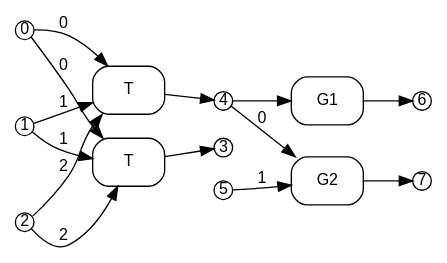
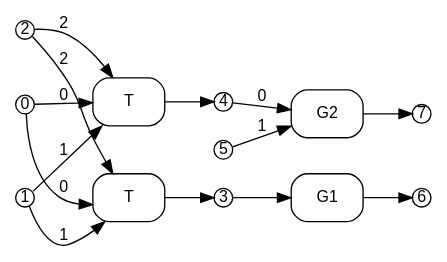
The diagram in crates/bhyp/images/test_copy_subst_commute/path1_substitution_result_span_right.dot (ammatsui/bhypvis), drawn with Graphviz before and after one commit. The commit also changed 738 other files, not shown here.

```diff
--- a/crates/bhyp/images/test_copy_subst_commute/path1_substitution_result_span_right.dot
+++ b/crates/bhyp/images/test_copy_subst_commute/path1_substitution_result_span_right.dot
@@ -1,40 +1,40 @@
 digraph path1_substitution_result_span_right {
   fontname="Helvetica"
   fontsize=12
   rankdir=LR;
   node [fontname="Helvetica", fontsize=12];
   edge [fontname="Helvetica", fontsize=12];
 
   // Nodes
+  n5 [label="5", shape=circle, style=filled, fillcolor=white, color="black", width=0.2, height=0.2, fixedsize=true];
+  n2 [label="2", shape=circle, style=filled, fillcolor=white, color="black", width=0.2, height=0.2, fixedsize=true];
+  n1 [label="1", shape=circle, style=filled, fillcolor=white, color="black", width=0.2, height=0.2, fixedsize=true];
+  n0 [label="0", shape=circle, style=filled, fillcolor=white, color="black", width=0.2, height=0.2, fixedsize=true];
+  n3 [label="3", shape=circle, style=filled, fillcolor=white, color="black", width=0.2, height=0.2, fixedsize=true];
+  n4 [label="4", shape=circle, style=filled, fillcolor=white, color="black", width=0.2, height=0.2, fixedsize=true];
+  n7 [label="7", shape=circle, style=filled, fillcolor=white, color="black", width=0.2, height=0.2, fixedsize=true];
   n6 [label="6", shape=circle, style=filled, fillcolor=white, color="black", width=0.2, height=0.2, fixedsize=true];
-  n0 [label="0", shape=circle, style=filled, fillcolor=white, color="black", width=0.2, height=0.2, fixedsize=true];
-  n7 [label="7", shape=circle, style=filled, fillcolor=white, color="black", width=0.2, height=0.2, fixedsize=true];
-  n1 [label="1", shape=circle, style=filled, fillcolor=white, color="black", width=0.2, height=0.2, fixedsize=true];
-  n4 [label="4", shape=circle, style=filled, fillcolor=white, color="black", width=0.2, height=0.2, fixedsize=true];
-  n2 [label="2", shape=circle, style=filled, fillcolor=white, color="black", width=0.2, height=0.2, fixedsize=true];
-  n3 [label="3", shape=circle, style=filled, fillcolor=white, color="black", width=0.2, height=0.2, fixedsize=true];
-  n5 [label="5", shape=circle, style=filled, fillcolor=white, color="black", width=0.2, height=0.2, fixedsize=true];
 
   // Hyperedges
+  e0 [label="T", shape=box, style=rounded, color="black"];
   e2 [label="G2", shape=box, style=rounded, color="black"];
   e3 [label="G1", shape=box, style=rounded, color="black"];
-  e0 [label="T", shape=box, style=rounded, color="black"];
   e1 [label="T", shape=box, style=rounded, color="black"];
 
   // Source connections
-  n4 -> e2 [label="0"];
-  n5 -> e2 [label="1"];
-  n4 -> e3 [label=""];
   n0 -> e0 [label="0"];
   n1 -> e0 [label="1"];
   n2 -> e0 [label="2"];
+  n4 -> e2 [label="0"];
+  n5 -> e2 [label="1"];
+  n3 -> e3 [label=""];
   n0 -> e1 [label="0"];
   n1 -> e1 [label="1"];
   n2 -> e1 [label="2"];
 
   // Target connections
+  e0 -> n3 [label=""];
   e2 -> n7 [label=""];
   e3 -> n6 [label=""];
-  e0 -> n3 [label=""];
   e1 -> n4 [label=""];
 }
```
